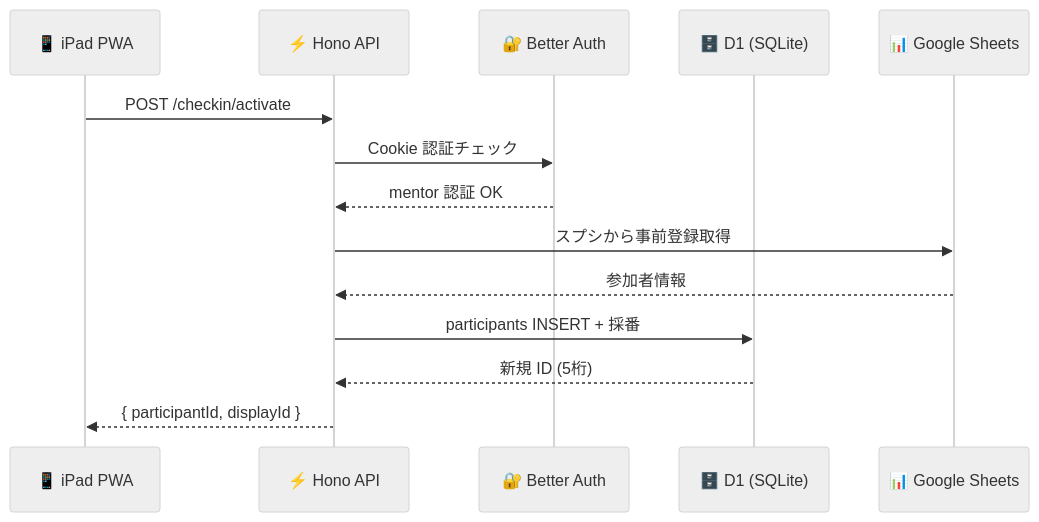
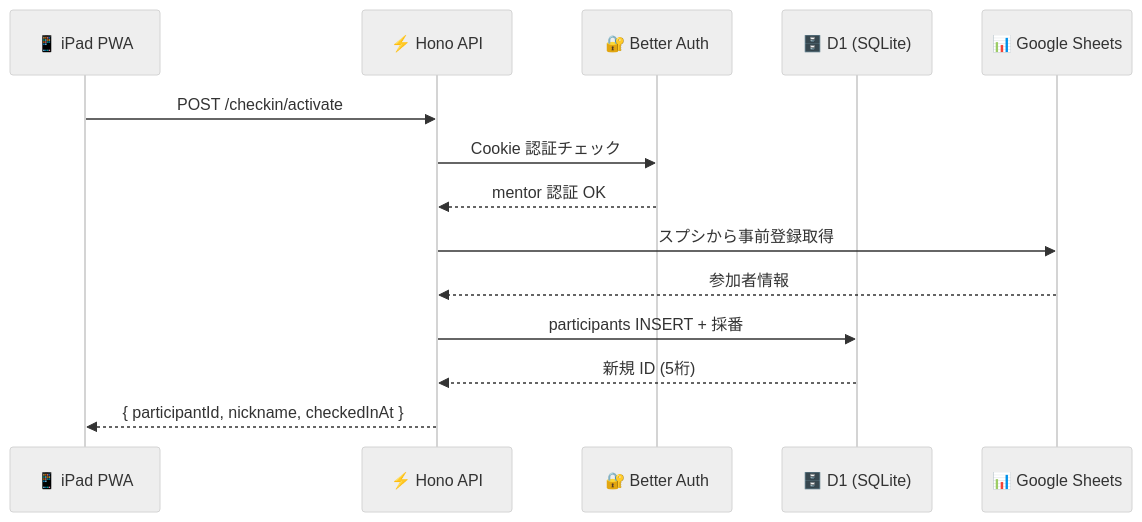
The second of 3 diagrams in README.md (ut42tech/tecnova-platform), drawn with Mermaid (neutral theme) before and after one commit. The commit also changed other lines of this file and 6 other files, not shown here.

````diff
--- a/README.md
+++ b/README.md
@@ -112,17 +140,17 @@
 ```mermaid
 sequenceDiagram
     participant iPad as 📱 iPad PWA
     participant API as ⚡ Hono API
     participant Auth as 🔐 Better Auth
     participant D1 as 🗄️ D1 (SQLite)
     participant GS as 📊 Google Sheets
 
     iPad->>API: POST /checkin/activate
     API->>Auth: Cookie 認証チェック
     Auth-->>API: mentor 認証 OK
     API->>GS: スプシから事前登録取得
     GS-->>API: 参加者情報
     API->>D1: participants INSERT + 採番
     D1-->>API: 新規 ID (5桁)
-    API-->>iPad: { participantId, displayId }
+    API-->>iPad: { participantId, nickname, checkedInAt }
 ```
````
